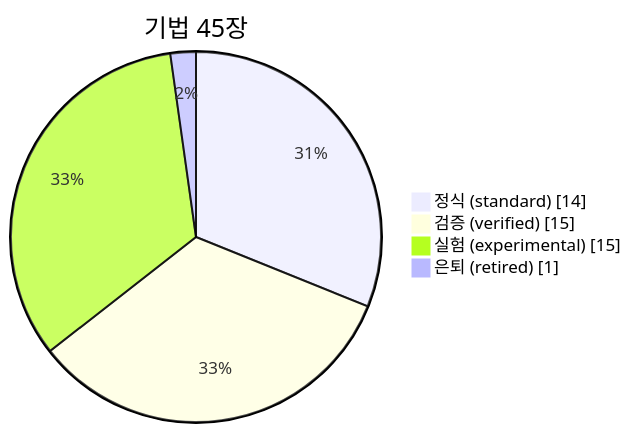
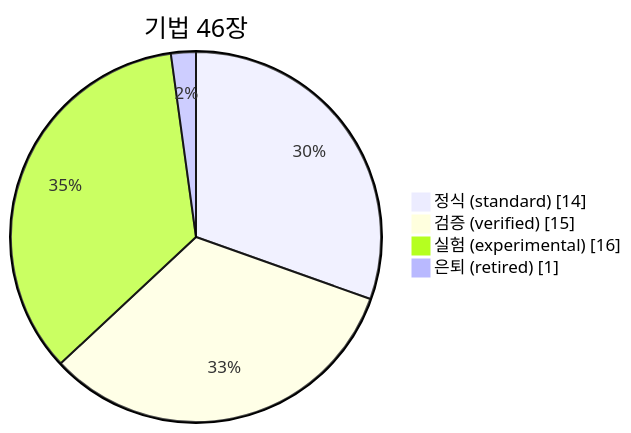
One commit to csbakk/clone-kb changed the diagram in README.md. Above: the diagram before and after it, drawn with Mermaid. The commit also changed other lines of this file and 1 other file, not shown here.

Commit message:
technique(experimental): clipboard-format-interop — 복사/붙여넣기 서식 왕복(패턴 A localStorage/B MIME), notion 설계 실증대기

````diff
--- a/README.md
+++ b/README.md
@@ -32,8 +32,8 @@
 ```mermaid
 pie showData
-    title 기법 45장
+    title 기법 46장
     "정식 (standard)" : 14
     "검증 (verified)" : 15
-    "실험 (experimental)" : 15
+    "실험 (experimental)" : 16
     "은퇴 (retired)" : 1
 ```
````
